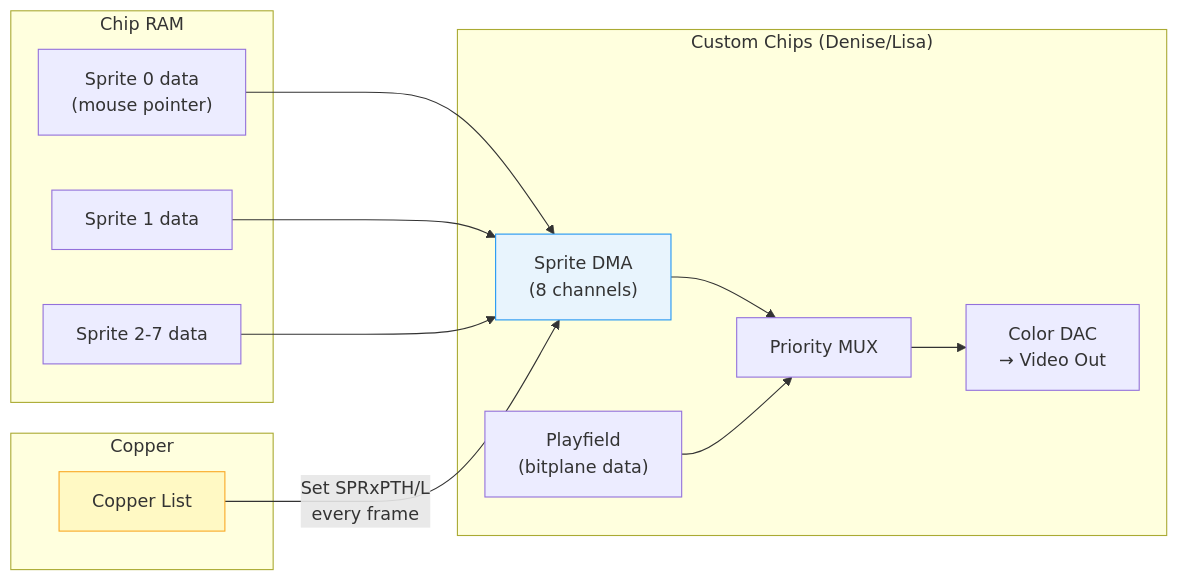
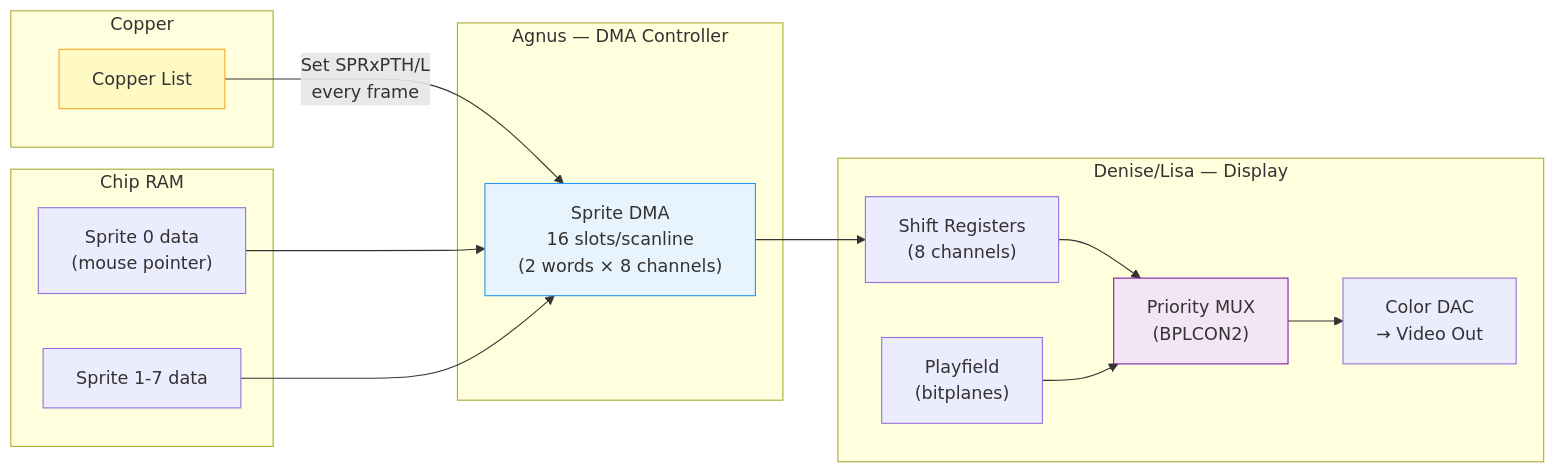
One commit to alfishe/amiga-bootcamp changed the first of 5 diagrams in 08_graphics/sprites.md. Above: the diagram before and after it, drawn with Mermaid. The commit also changed other lines of this file and 14 other files, not shown here.

````diff
--- a/08_graphics/sprites.md
+++ b/08_graphics/sprites.md
@@ -11,25 +27,29 @@
 ```mermaid
 flowchart LR
     subgraph "Chip RAM"
         SD0["Sprite 0 data<br/>(mouse pointer)"]
-        SD1["Sprite 1 data"]
-        SD2["Sprite 2-7 data"]
+        SD1["Sprite 1-7 data"]
     end
 
-    subgraph "Custom Chips (Denise/Lisa)"
-        DMA["Sprite DMA<br/>(8 channels)"] --> MUX["Priority MUX"]
-        PF["Playfield<br/>(bitplane data)"] --> MUX
-        MUX --> DAC["Color DAC<br/>→ Video Out"]
+    subgraph "Agnus — DMA Controller"
+        SDMA["Sprite DMA<br/>16 slots/scanline<br/>(2 words × 8 channels)"]
     end
 
-    SD0 --> DMA
-    SD1 --> DMA
-    SD2 --> DMA
+    subgraph "Denise/Lisa — Display"
+        SREG["Shift Registers<br/>(8 channels)"] --> PMUX["Priority MUX<br/>(BPLCON2)"]
+        PF["Playfield<br/>(bitplanes)"] --> PMUX
+        PMUX --> DAC["Color DAC<br/>→ Video Out"]
+    end
 
     subgraph "Copper"
-        COP["Copper List"] -->|"Set SPRxPTH/L<br/>every frame"| DMA
+        COP["Copper List"] -->|"Set SPRxPTH/L<br/>every frame"| SDMA
     end
 
-    style DMA fill:#e8f4fd,stroke:#2196f3,color:#333
+    SD0 --> SDMA
+    SD1 --> SDMA
+    SDMA --> SREG
+
+    style SDMA fill:#e8f4fd,stroke:#2196f3,color:#333
     style COP fill:#fff9c4,stroke:#f9a825,color:#333
+    style PMUX fill:#f3e5f5,stroke:#7b1fa2,color:#333
 ```
````
